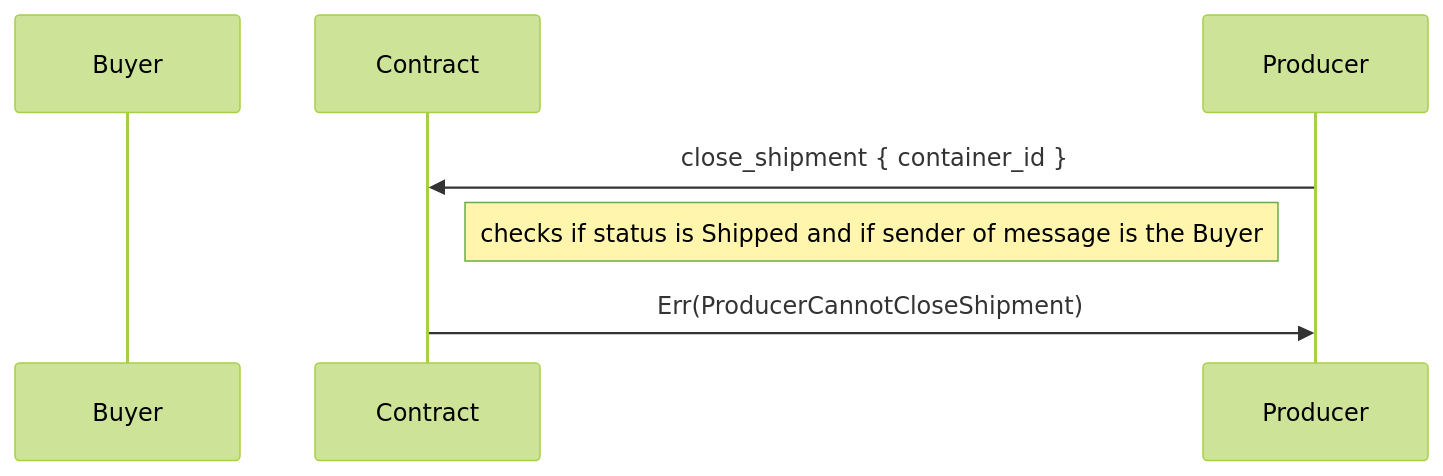
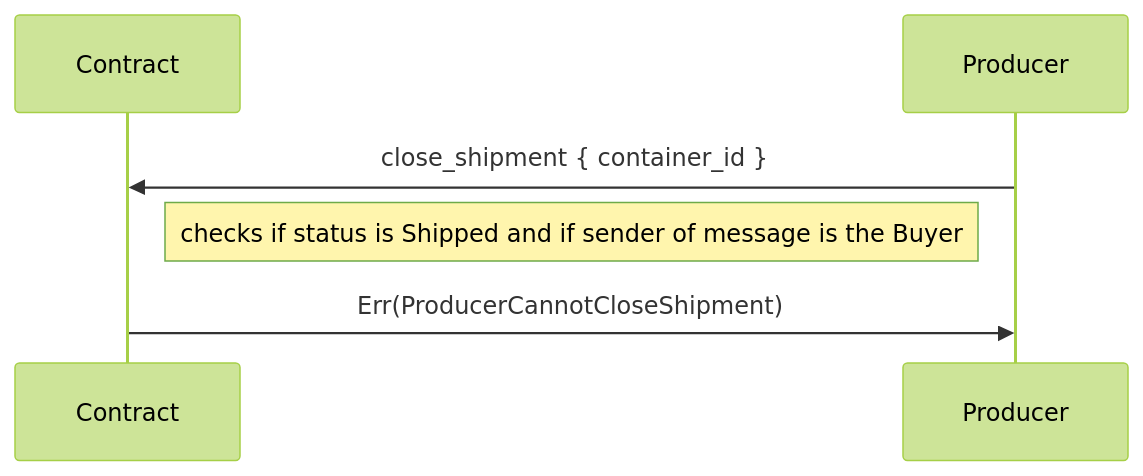
One commit to Hydrochain/hydrochain-contracts changed the eighth of 11 diagrams in DESIGN.md. Above: the diagram before and after it, drawn with Mermaid (forest theme). The commit also changed other lines of this file, not shown here.

````diff
--- a/DESIGN.md
+++ b/DESIGN.md
@@ -94,9 +93,8 @@
 ```mermaid
 sequenceDiagram
-  participant Buyer
   participant Contract
   participant Producer
   Producer->>Contract: close_shipment { container_id }
   note right of Contract: checks if status is Shipped and if sender of message is the Buyer
   Contract->>Producer: Err(ProducerCannotCloseShipment)
 ```
````
